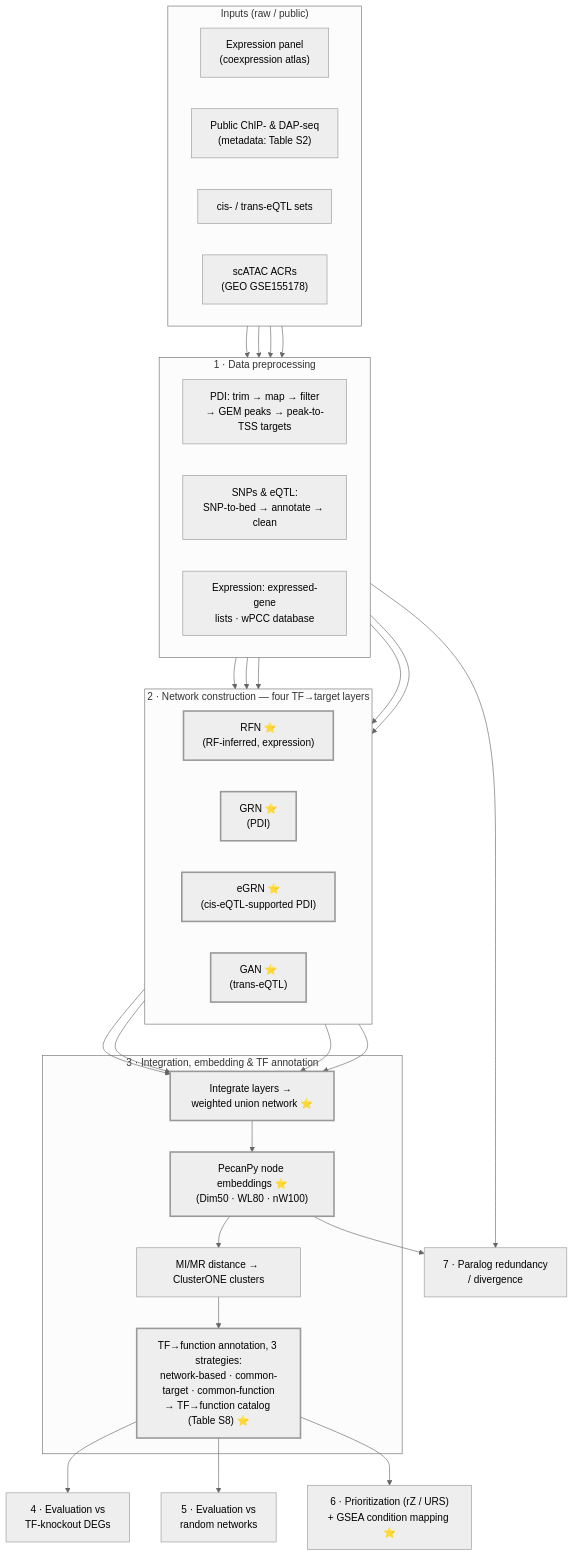
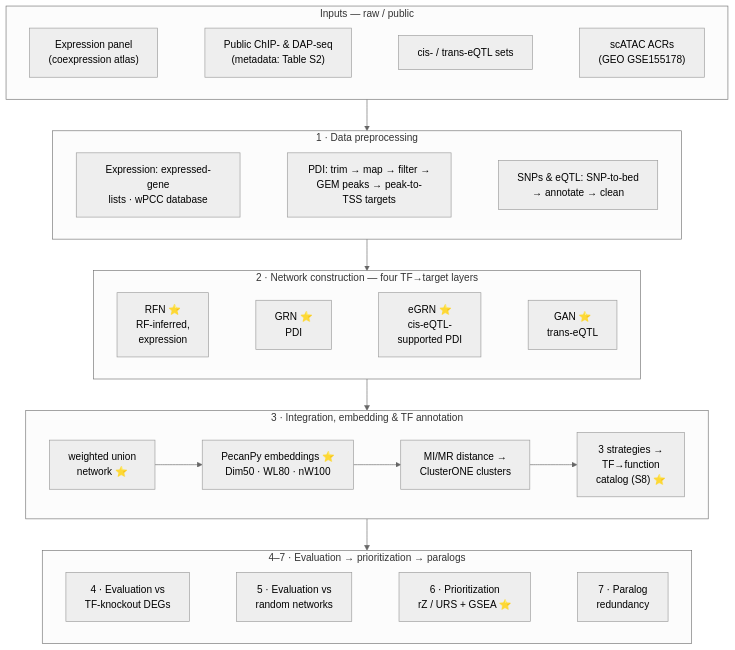
One commit to gomezcan/Multi-Omic_Network_Integration_Maize changed the diagram in README.md. Above: the diagram before and after it, drawn with Mermaid (neutral theme).

Commit message:
README: lay the pipeline diagram out as horizontal stage bands
GitHub's mermaid ignores a subgraph's direction when inner nodes link
across subgraph boundaries, which stacked every stage into one tall
column. Link band-to-band instead and hold each row with invisible
links; per-artifact hand-offs stay in the tables.

````diff
--- a/README.md
+++ b/README.md
@@ -17,60 +17,29 @@
 ```mermaid
 flowchart TD
-    subgraph IN["Inputs (raw / public)"]
+    subgraph IN["Inputs — raw / public"]
         direction LR
-        iEXP["Expression panel<br/>(coexpression atlas)"]
-        iPDI["Public ChIP- & DAP-seq<br/>(metadata: Table S2)"]
-        iQTL["cis- / trans-eQTL sets"]
-        iACR["scATAC ACRs<br/>(GEO GSE155178)"]
+        iEXP["Expression panel<br/>(coexpression atlas)"] ~~~ iPDI["Public ChIP- & DAP-seq<br/>(metadata: Table S2)"] ~~~ iQTL["cis- / trans-eQTL sets"] ~~~ iACR["scATAC ACRs<br/>(GEO GSE155178)"]
     end
 
     subgraph S1["1 · Data preprocessing"]
         direction LR
-        p1["PDI: trim → map → filter<br/>→ GEM peaks → peak-to-TSS targets"]
-        p2["SNPs & eQTL:<br/>SNP-to-bed → annotate → clean"]
-        p3["Expression: expressed-gene<br/>lists · wPCC database"]
+        p3["Expression: expressed-gene<br/>lists · wPCC database"] ~~~ p1["PDI: trim → map → filter →<br/>GEM peaks → peak-to-TSS targets"] ~~~ p2["SNPs & eQTL: SNP-to-bed<br/>→ annotate → clean"]
     end
 
     subgraph S2["2 · Network construction — four TF→target layers"]
         direction LR
-        n1["RFN ⭐<br/>(RF-inferred, expression)"]
-        n2["GRN ⭐<br/>(PDI)"]
-        n3["eGRN ⭐<br/>(cis-eQTL-supported PDI)"]
-        n4["GAN ⭐<br/>(trans-eQTL)"]
+        n1["RFN ⭐<br/>RF-inferred,<br/>expression"] ~~~ n2["GRN ⭐<br/>PDI"] ~~~ n3["eGRN ⭐<br/>cis-eQTL-<br/>supported PDI"] ~~~ n4["GAN ⭐<br/>trans-eQTL"]
     end
 
     subgraph S3["3 · Integration, embedding & TF annotation"]
-        i1["Integrate layers → weighted union network ⭐"]
-        i2["PecanPy node embeddings ⭐<br/>(Dim50 · WL80 · nW100)"]
-        i3["MI/MR distance → ClusterONE clusters"]
-        i4["TF→function annotation, 3 strategies:<br/>network-based · common-target · common-function<br/>→ TF→function catalog (Table S8) ⭐"]
+        direction LR
+        i1["weighted union<br/>network ⭐"] --> i2["PecanPy embeddings ⭐<br/>Dim50 · WL80 · nW100"] --> i3["MI/MR distance →<br/>ClusterONE clusters"] --> i4["3 strategies →<br/>TF→function<br/>catalog (S8) ⭐"]
     end
 
-    s4["4 · Evaluation vs<br/>TF-knockout DEGs"]
-    s5["5 · Evaluation vs<br/>random networks"]
-    s6["6 · Prioritization (rZ / URS)<br/>+ GSEA condition mapping ⭐"]
-    s7["7 · Paralog redundancy<br/>/ divergence"]
+    subgraph S4567["4–7 · Evaluation → prioritization → paralogs"]
+        direction LR
+        s4["4 · Evaluation vs<br/>TF-knockout DEGs"] ~~~ s5["5 · Evaluation vs<br/>random networks"] ~~~ s6["6 · Prioritization<br/>rZ / URS + GSEA ⭐"] ~~~ s7["7 · Paralog<br/>redundancy"]
+    end
 
-    iPDI --> p1
-    iACR --> p1
-    iQTL --> p2
-    iEXP --> p3
-
-    p3 --> n1
-    p1 --> n2
-    p1 --> n3
-    p2 --> n3
-    p2 --> n4
-
-    n1 & n2 & n3 & n4 --> i1
-    i1 --> i2 --> i3 --> i4
-
-    i4 --> s4
-    i4 --> s5
-    i4 --> s6
-    i2 --> s7
-    p3 --> s7
-
-    classDef zen stroke-width:2.5px,stroke-dasharray:0;
-    class n1,n2,n3,n4,i1,i2,i4 zen;
+    IN --> S1 --> S2 --> S3 --> S4567
 ```
````
